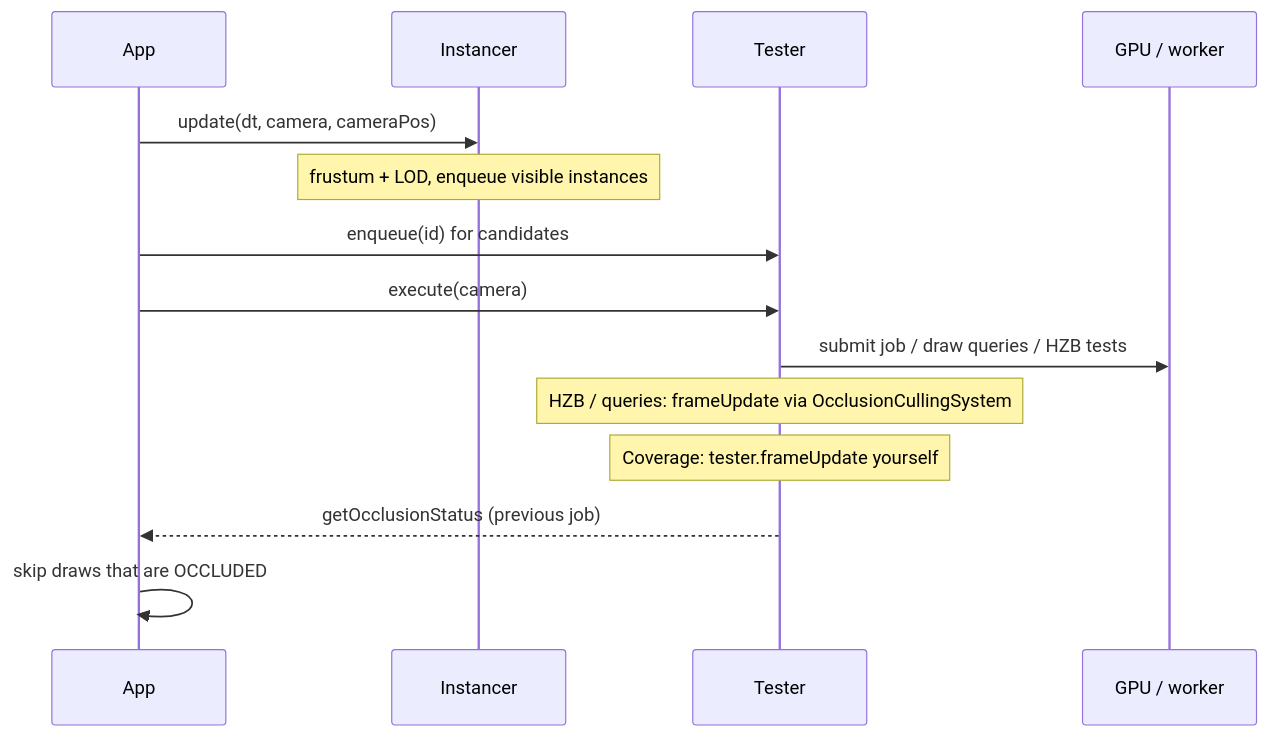
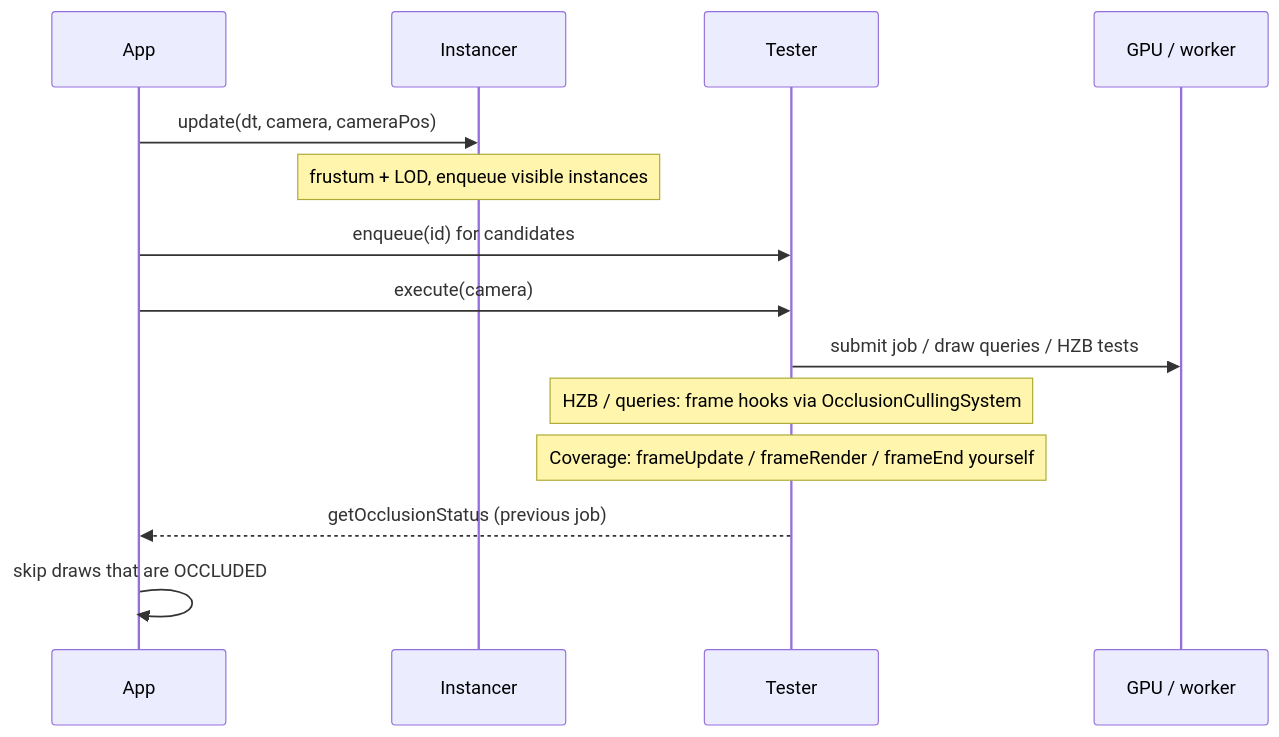
Before and after one commit to AlexAPPi/playcanvas-opti-pixel: the second of 2 diagrams in docs/architecture.md, drawn with Mermaid. The commit also changed other lines of this file and 22 other files, not shown here.

Commit message:
Read occlusion results behind a frame fence

````diff
--- a/docs/architecture.md
+++ b/docs/architecture.md
@@ -49,17 +49,17 @@
 ```mermaid
 sequenceDiagram
     participant App
     participant Instancer
     participant Tester
     participant GPU as GPU / worker
 
     App->>Instancer: update(dt, camera, cameraPos)
     Note over Instancer: frustum + LOD, enqueue visible instances
     App->>Tester: enqueue(id) for candidates
     App->>Tester: execute(camera)
     Tester->>GPU: submit job / draw queries / HZB tests
-    Note over Tester: HZB / queries: frameUpdate via OcclusionCullingSystem
-    Note over Tester: Coverage: tester.frameUpdate yourself
+    Note over Tester: HZB / queries: frame hooks via OcclusionCullingSystem
+    Note over Tester: Coverage: frameUpdate / frameRender / frameEnd yourself
     Tester-->>App: getOcclusionStatus (previous job)
     App->>App: skip draws that are OCCLUDED
 ```
````
